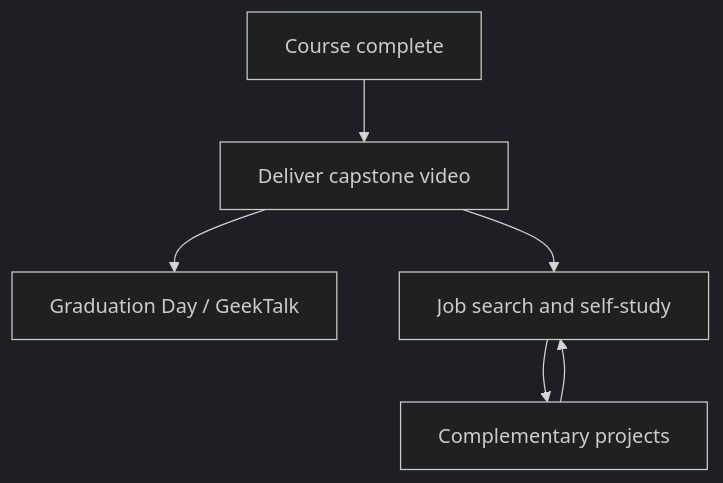
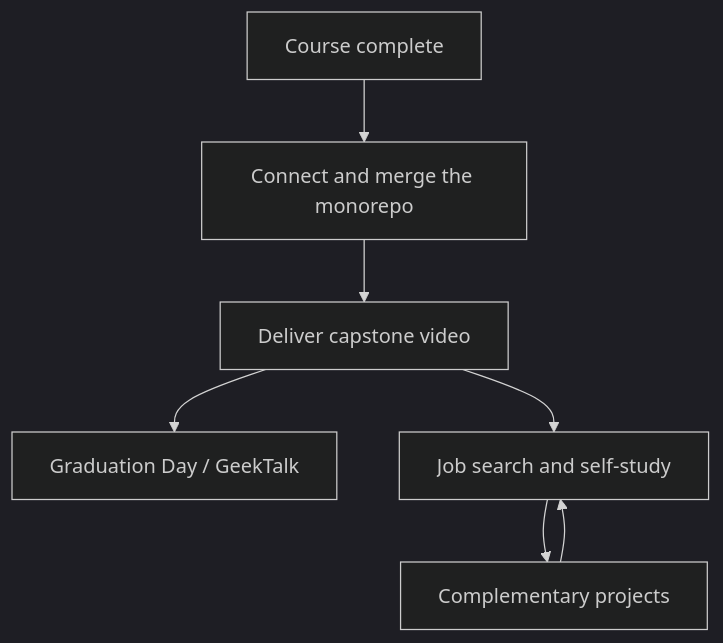
One commit to 4GeeksAcademy/ai-engineering-syllabus changed the diagram in content/lessons/you-have-finished-your-course-now-what/you-have-finished-your-course-now-what.md. Above: the diagram before and after it, drawn with Mermaid (dark theme). The commit also changed other lines of this file and 1 other file, not shown here.

Commit message:
Reminder of finishing PRs and completeness in monorepo + Emphasize to make the video with the own voice

````diff
--- a/content/lessons/you-have-finished-your-course-now-what/you-have-finished-your-course-now-what.md
+++ b/content/lessons/you-have-finished-your-course-now-what/you-have-finished-your-course-now-what.md
@@ -20,13 +20,15 @@
 ```mermaid
 flowchart TD
   done[Course complete]
+  connect[Connect and merge the monorepo]
   video[Deliver capstone video]
   grad[Graduation Day / GeekTalk]
   search[Job search and self-study]
   extra[Complementary projects]
-  done --> video
+  done --> connect
+  connect --> video
   video --> grad
   video --> search
   search --> extra
   extra --> search
 ```
````
